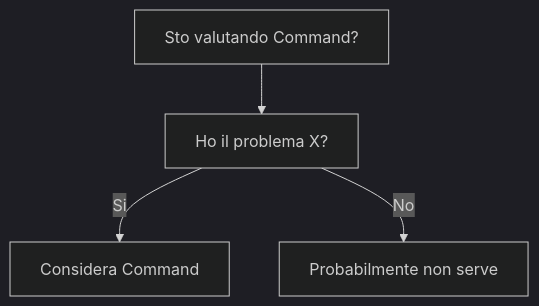
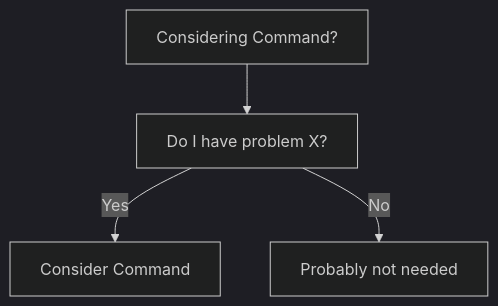
Before and after one commit to HxT9/Software-Dev-Wiki: the diagram in dev-wiki/03_Design_Patterns/Behavioral/Command/When_To_Use.md, drawn with Mermaid (dark theme). The commit also changed other lines of this file and 3444 other files, not shown here.

````diff
--- a/dev-wiki/03_Design_Patterns/Behavioral/Command/When_To_Use.md
+++ b/dev-wiki/03_Design_Patterns/Behavioral/Command/When_To_Use.md
@@ -19,6 +19,6 @@
 ```mermaid
 flowchart TD
-  Q[Sto valutando Command?] --> Q1[Ho il problema X?]
-  Q1 -->|Si| OK[Considera Command]
-  Q1 -->|No| NO[Probabilmente non serve]
+  Q[Considering Command?] --> Q1[Do I have problem X?]
+  Q1 -->|Yes| OK[Consider Command]
+  Q1 -->|No| NO[Probably not needed]
 ```
````
